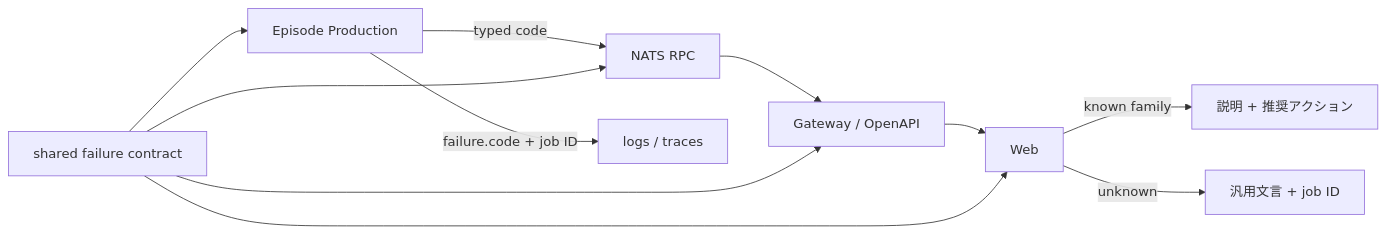
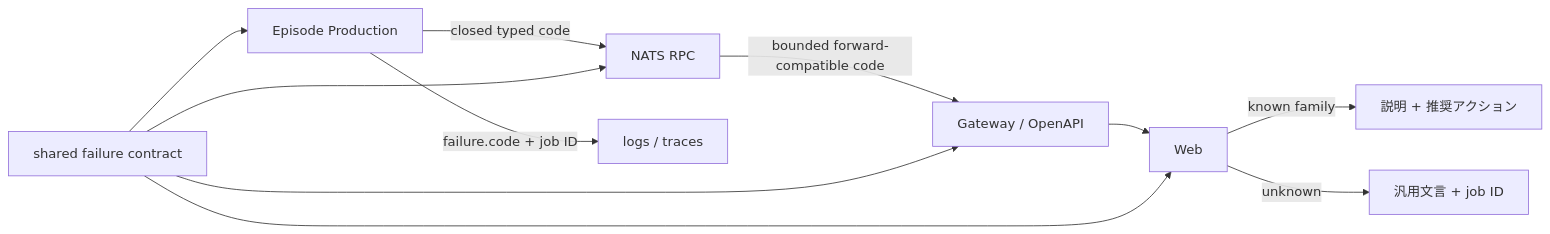
Before and after one commit to r4ai/news-podcast: the diagram in docs/adr/0083-share-episode-failure-code-contract.md, drawn with Mermaid. The commit also changed other lines of this file and 12 other files, not shown here.

````diff
--- a/docs/adr/0083-share-episode-failure-code-contract.md
+++ b/docs/adr/0083-share-episode-failure-code-contract.md
@@ -18,13 +18,13 @@
 ```mermaid
 flowchart LR
-  Production[Episode Production] -->|typed code| RPC[NATS RPC]
-  RPC --> Gateway[Gateway / OpenAPI]
+  Production[Episode Production] -->|closed typed code| RPC[NATS RPC]
+  RPC -->|bounded forward-compatible code| Gateway[Gateway / OpenAPI]
   Gateway --> Web[Web]
   Contract[shared failure contract] --> Production
   Contract --> RPC
   Contract --> Gateway
   Contract --> Web
   Web -->|known family| Guidance[説明 + 推奨アクション]
   Web -->|unknown| Safe[汎用文言 + job ID]
   Production -->|failure.code + job ID| Telemetry[logs / traces]
 ```
````
